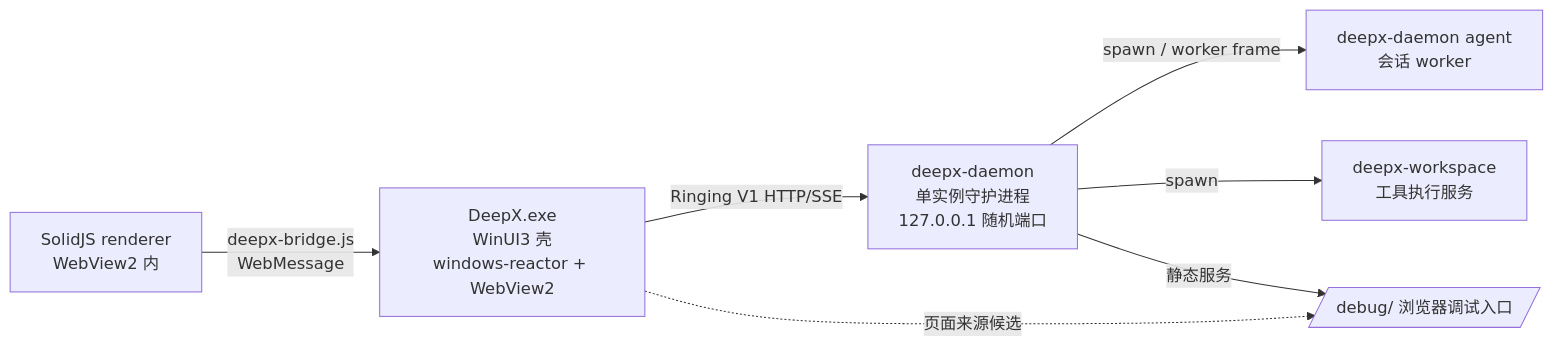
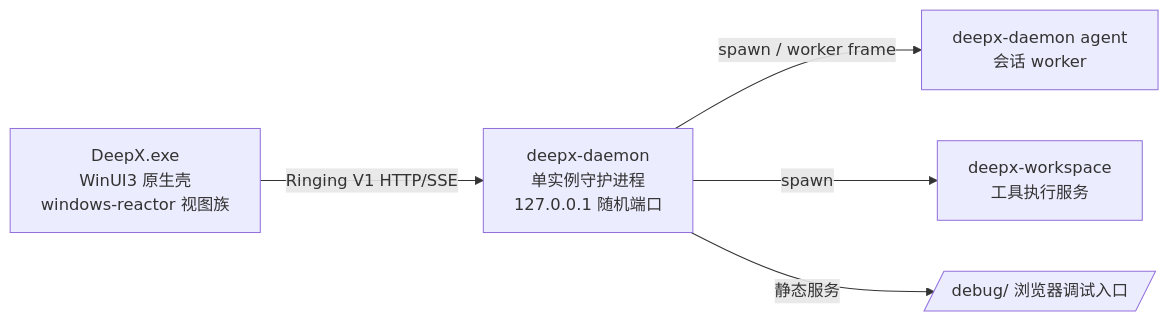
The diagram in README.md (QAQTam/qaqh-backend), drawn with Mermaid before and after one commit. The commit also changed other lines of this file and 286 other files, not shown here.

````diff
--- a/README.md
+++ b/README.md
@@ -30,9 +30,7 @@
 ```mermaid
 graph LR
-    Shell[DeepX.exe<br/>WinUI3 壳<br/>windows-reactor + WebView2] -->|Ringing V1 HTTP/SSE| Daemon[deepx-daemon<br/>单实例守护进程<br/>127.0.0.1 随机端口]
-    Renderer[SolidJS renderer<br/>WebView2 内] -->|deepx-bridge.js<br/>WebMessage| Shell
+    Shell[DeepX.exe<br/>WinUI3 原生壳<br/>windows-reactor 视图族] -->|Ringing V1 HTTP/SSE| Daemon[deepx-daemon<br/>单实例守护进程<br/>127.0.0.1 随机端口]
     Daemon -->|spawn / worker frame| Worker[deepx-daemon agent<br/>会话 worker]
     Daemon -->|spawn| WS[deepx-workspace<br/>工具执行服务]
     Daemon -->|静态服务| Debug[/debug/ 浏览器调试入口/]
-    Shell -.->|页面来源候选| Debug
 ```
````
